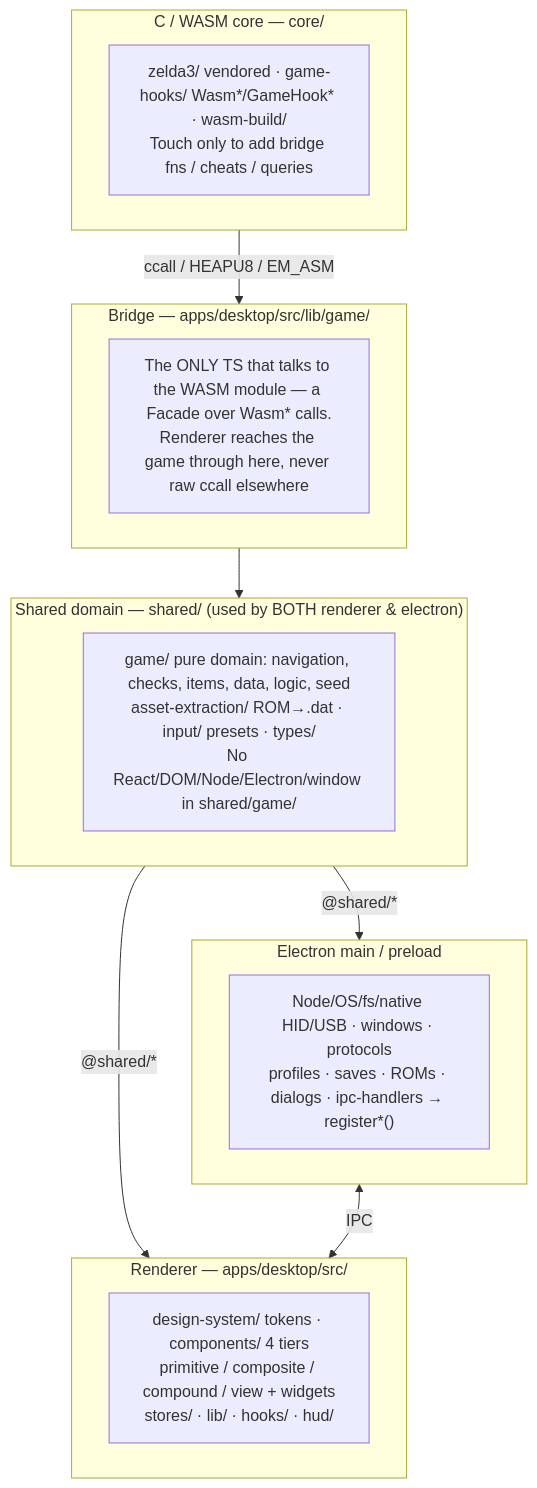
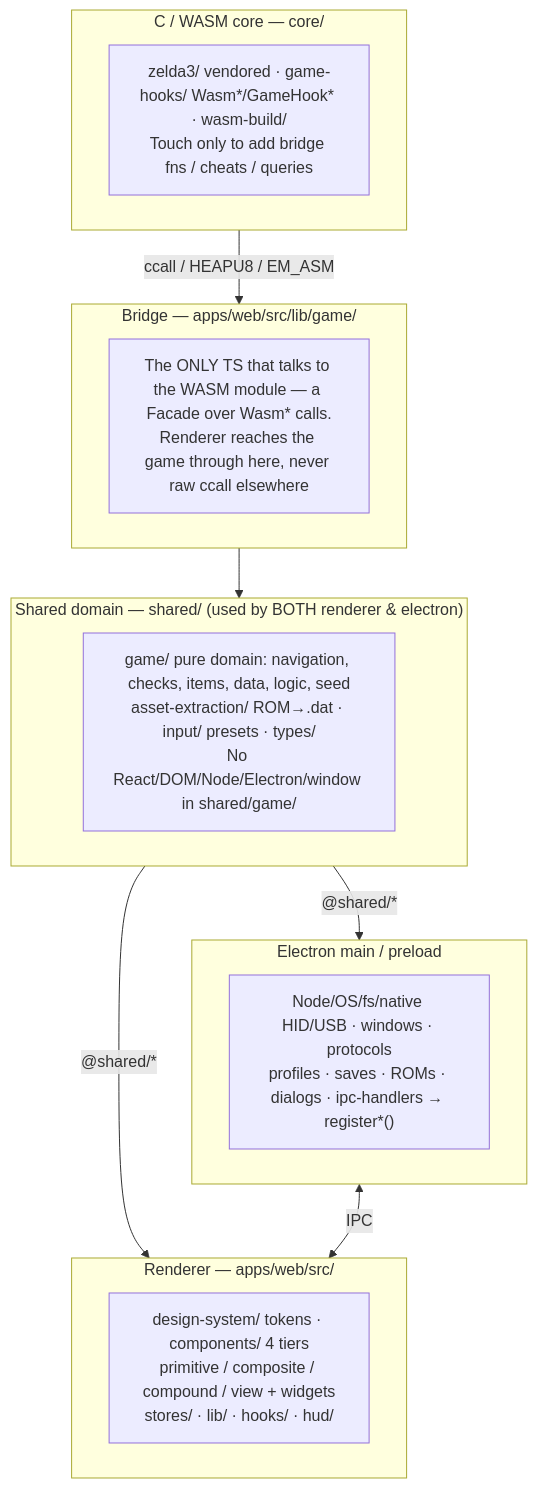
One commit to drizztdourden08/relic-of-the-past changed the diagram in docs/architecture/overview.md. Above: the diagram before and after it, drawn with Mermaid. The commit also changed other lines of this file and 1186 other files, not shown here.

First line of the commit message:
refactor: extract renderer to apps/web (platform split, phase 0)

````diff
--- a/docs/architecture/overview.md
+++ b/docs/architecture/overview.md
@@ -14,23 +14,23 @@
 ```mermaid
 flowchart TD
     subgraph CORE["C / WASM core — core/"]
         Z["zelda3/ vendored · game-hooks/ Wasm*/GameHook* · wasm-build/<br/>Touch only to add bridge fns / cheats / queries"]
     end
-    subgraph BRIDGE["Bridge — apps/desktop/src/lib/game/"]
+    subgraph BRIDGE["Bridge — apps/web/src/lib/game/"]
         B["The ONLY TS that talks to the WASM module — a Facade over Wasm* calls.<br/>Renderer reaches the game through here, never raw ccall elsewhere"]
     end
     subgraph SHARED["Shared domain — shared/ (used by BOTH renderer & electron)"]
         S["game/ pure domain: navigation, checks, items, data, logic, seed<br/>asset-extraction/ ROM→.dat · input/ presets · types/<br/>No React/DOM/Node/Electron/window in shared/game/"]
     end
     subgraph EL["Electron main / preload"]
         E["Node/OS/fs/native HID/USB · windows · protocols<br/>profiles · saves · ROMs · dialogs · ipc-handlers → register*()"]
     end
-    subgraph REN["Renderer — apps/desktop/src/"]
+    subgraph REN["Renderer — apps/web/src/"]
         R["design-system/ tokens · components/ 4 tiers<br/>primitive / composite / compound / view + widgets<br/>stores/ · lib/ · hooks/ · hud/"]
     end
     CORE -->|"ccall / HEAPU8 / EM_ASM"| BRIDGE
     BRIDGE --> SHARED
     SHARED -->|"@shared/*"| EL
     SHARED -->|"@shared/*"| REN
     EL <-->|"IPC"| REN
 ```
````
